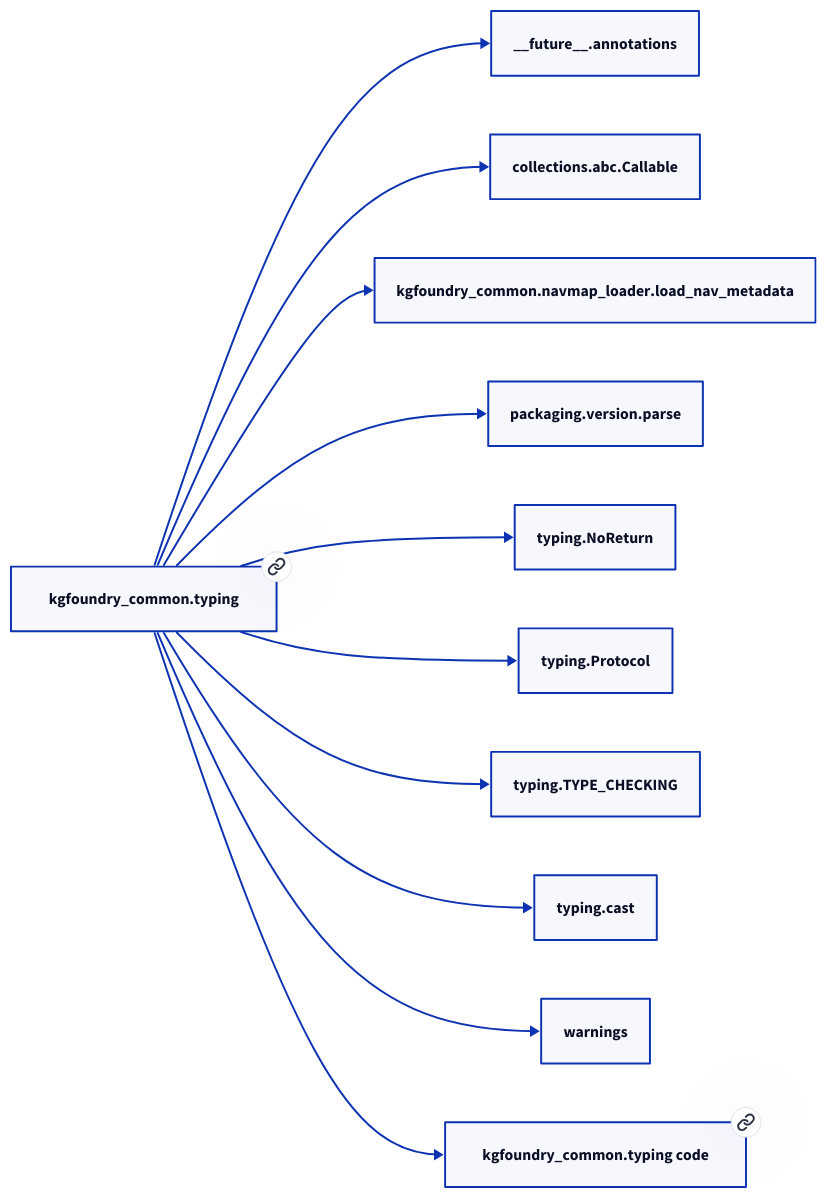
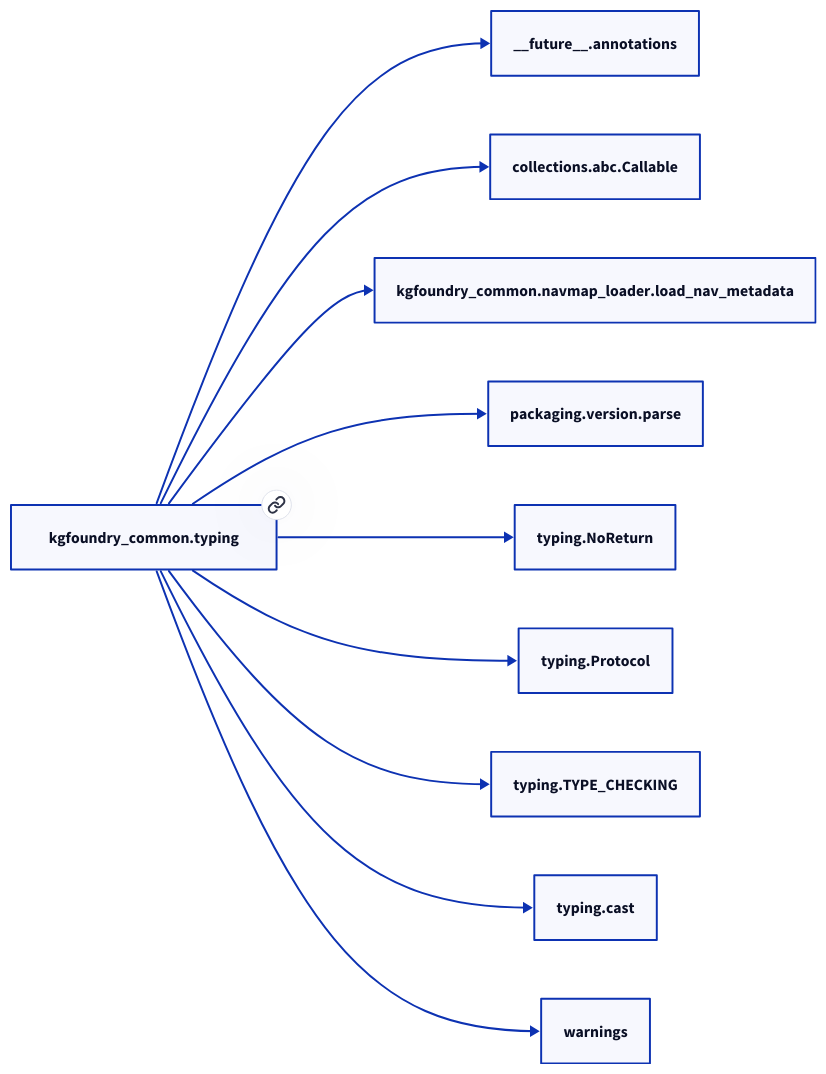
One commit to paul-heyse/kgforge changed the second of 2 diagrams in docs/modules/kgfoundry_common/typing.md. Above: the diagram before and after it, drawn with D2. The commit also changed other lines of this file and 118 other files, not shown here.

````diff
--- a/docs/modules/kgfoundry_common/typing.md
+++ b/docs/modules/kgfoundry_common/typing.md
@@ -69,24 +67,22 @@
 ```d2
 direction: right
-"kgfoundry_common.typing": "kgfoundry_common.typing" { link: "./kgfoundry_common/typing.md" }
+"kgfoundry_common.typing": "kgfoundry_common.typing" { link: "typing.md" }
 "__future__.annotations": "__future__.annotations"
 "kgfoundry_common.typing" -> "__future__.annotations"
 "collections.abc.Callable": "collections.abc.Callable"
 "kgfoundry_common.typing" -> "collections.abc.Callable"
 "kgfoundry_common.navmap_loader.load_nav_metadata": "kgfoundry_common.navmap_loader.load_nav_metadata"
 "kgfoundry_common.typing" -> "kgfoundry_common.navmap_loader.load_nav_metadata"
 "packaging.version.parse": "packaging.version.parse"
 "kgfoundry_common.typing" -> "packaging.version.parse"
 "typing.NoReturn": "typing.NoReturn"
 "kgfoundry_common.typing" -> "typing.NoReturn"
 "typing.Protocol": "typing.Protocol"
 "kgfoundry_common.typing" -> "typing.Protocol"
 "typing.TYPE_CHECKING": "typing.TYPE_CHECKING"
 "kgfoundry_common.typing" -> "typing.TYPE_CHECKING"
 "typing.cast": "typing.cast"
 "kgfoundry_common.typing" -> "typing.cast"
 "warnings": "warnings"
 "kgfoundry_common.typing" -> "warnings"
-"kgfoundry_common.typing_code": "kgfoundry_common.typing code" { link: "https://github.com/kgfoundry/kgfoundry/blob/main/src/kgfoundry_common/typing/__init__.py" }
-"kgfoundry_common.typing" -> "kgfoundry_common.typing_code" { style: dashed }
 ```
````
